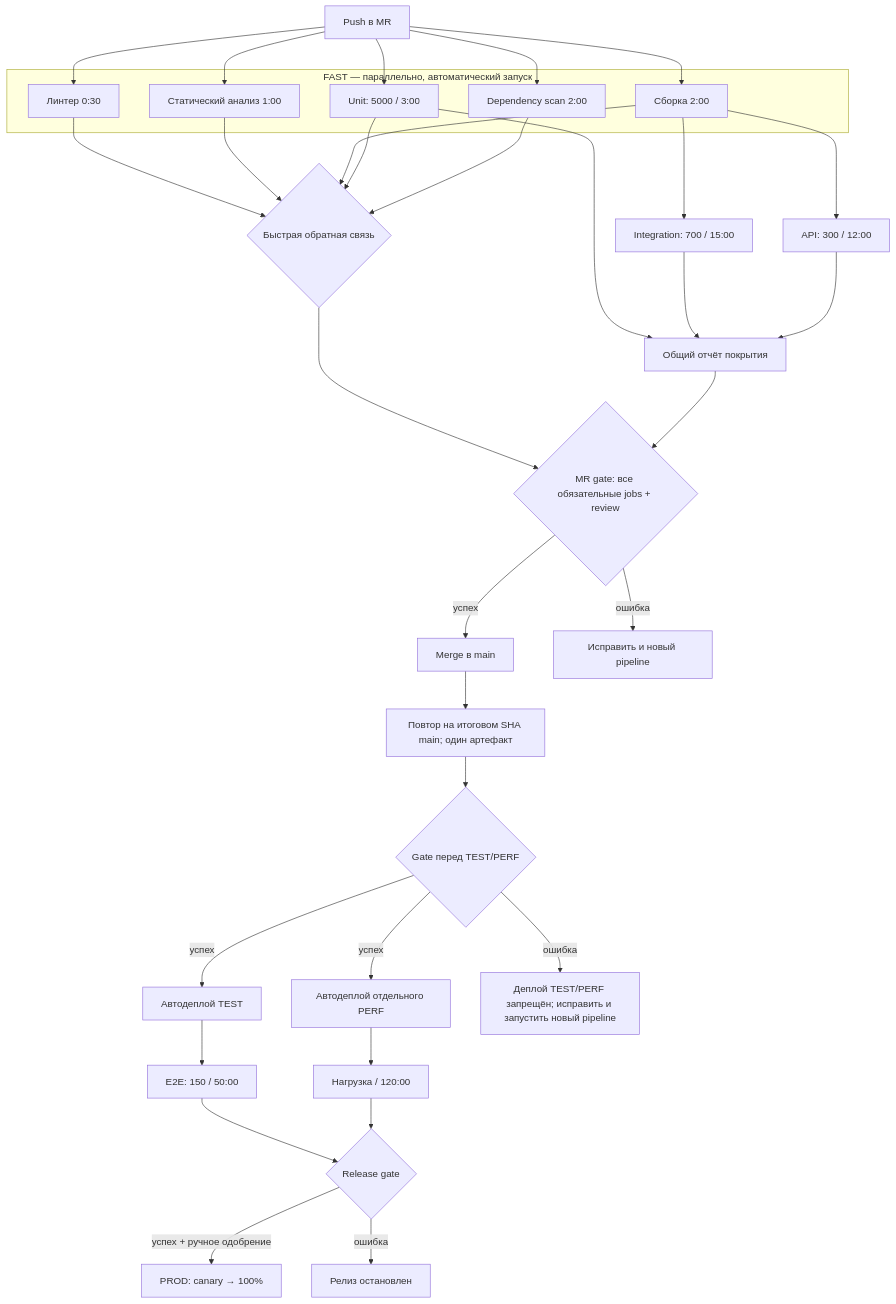
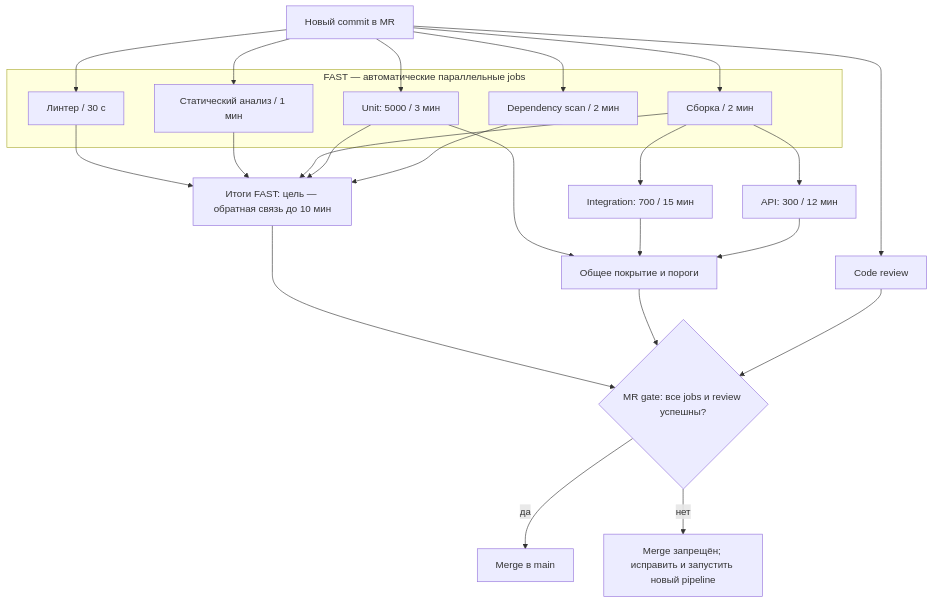
One commit to AxoRm/seminar-4-ci-cd-quality-gates changed the first of 2 diagrams in README.md. Above: the diagram before and after it, drawn with Mermaid. The commit also changed other lines of this file, not shown here.

Commit message:
Clarify pipeline gates and parallel branches

````diff
--- a/README.md
+++ b/README.md
@@ -7,41 +9,32 @@
 ```mermaid
 flowchart TD
-    A[Push в MR]
-    subgraph F[FAST — параллельно, автоматический запуск]
-      L[Линтер 0:30]
-      S[Статический анализ 1:00]
-      B[Сборка 2:00]
-      U[Unit: 5000 / 3:00]
-      D[Dependency scan 2:00]
+    MR[Новый commit в MR]
+    subgraph FAST[FAST — автоматические параллельные jobs]
+      L[Линтер / 30 с]
+      S[Статический анализ / 1 мин]
+      B[Сборка / 2 мин]
+      U[Unit: 5000 / 3 мин]
+      D[Dependency scan / 2 мин]
     end
-    A --> L
-    A --> S
-    A --> B
-    A --> U
-    A --> D
-    L --> FG{Быстрая обратная связь}
+    MR --> L
+    MR --> S
+    MR --> B
+    MR --> U
+    MR --> D
+    MR --> REV[Code review]
+    L --> FG[Итоги FAST: цель — обратная связь до 10 мин]
     S --> FG
     B --> FG
     U --> FG
     D --> FG
-    B --> I[Integration: 700 / 15:00]
-    B --> P[API: 300 / 12:00]
-    U --> C[Общий отчёт покрытия]
+    B --> I[Integration: 700 / 15 мин]
+    B --> P[API: 300 / 12 мин]
+    U --> C[Общее покрытие и пороги]
     I --> C
     P --> C
-    FG --> MG{MR gate: все обязательные jobs + review}
+    FG --> MG{MR gate: все jobs и review успешны?}
     C --> MG
-    MG -->|успех| M[Merge в main]
-    MG -->|ошибка| X[Исправить и новый pipeline]
-    M --> R[Повтор на итоговом SHA main; один артефакт]
-    R --> TG{Gate перед TEST/PERF}
-    TG -->|успех| T[Автодеплой TEST]
-    TG -->|успех| PF[Автодеплой отдельного PERF]
-    TG -->|ошибка| STOP[Деплой TEST/PERF запрещён; исправить и запустить новый pipeline]
-    T --> E[E2E: 150 / 50:00]
-    PF --> N[Нагрузка / 120:00]
-    E --> RG{Release gate}
-    N --> RG
-    RG -->|успех + ручное одобрение| PR[PROD: canary → 100%]
-    RG -->|ошибка| HOLD[Релиз остановлен]
+    REV --> MG
+    MG -->|да| M[Merge в main]
+    MG -->|нет| X[Merge запрещён; исправить и запустить новый pipeline]
 ```
````
